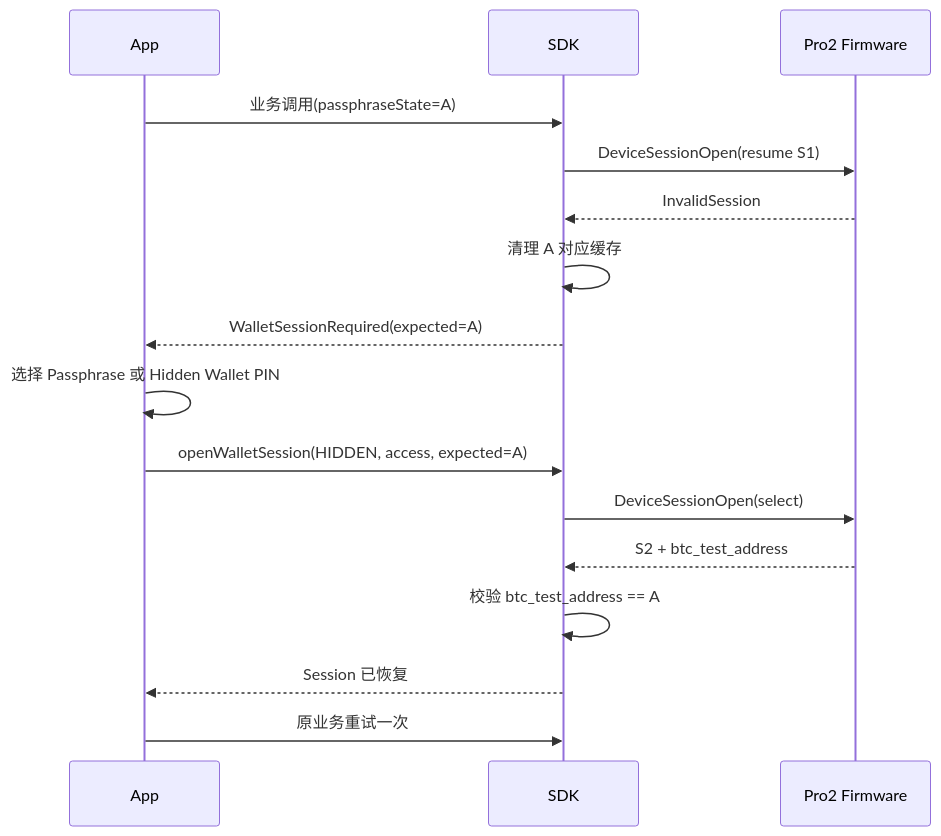
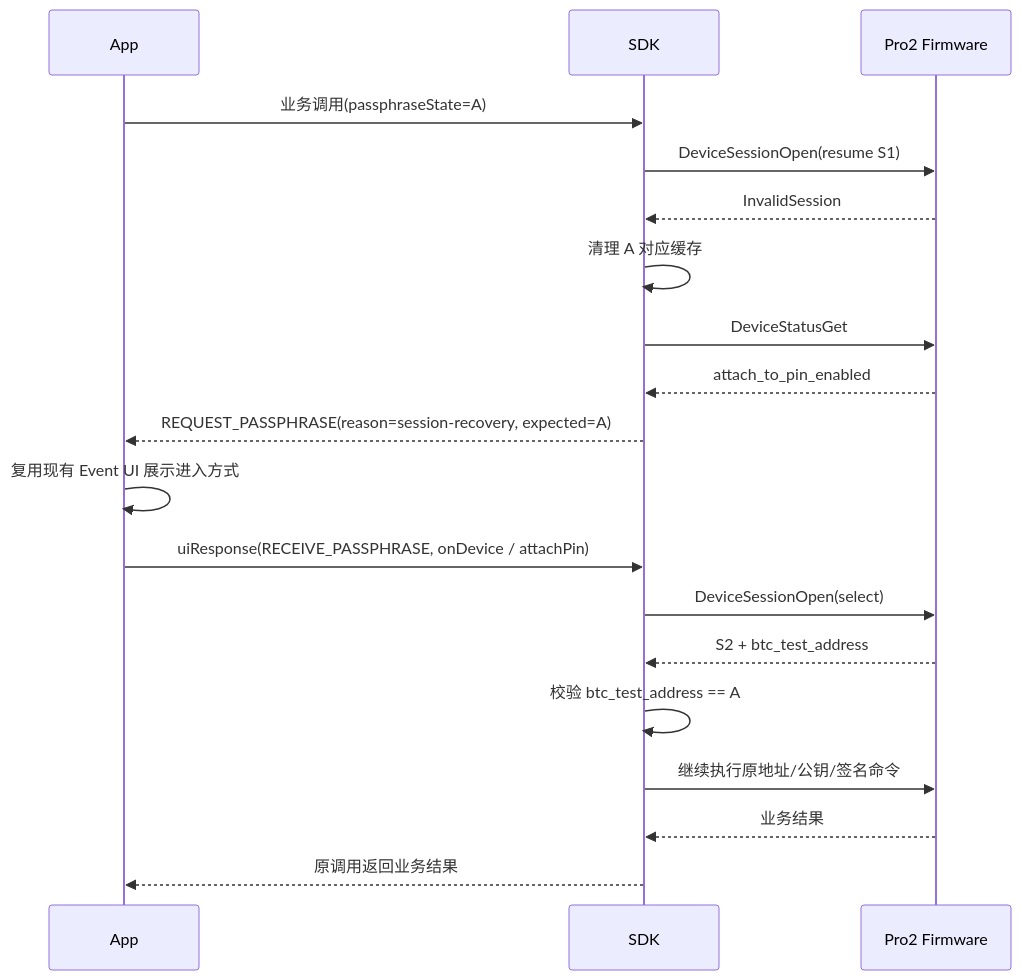
The fourth of 4 diagrams in docs/superpowers/specs/2026-07-16-pro2-eventless-wallet-session-design.md (OneKeyHQ/hardware-js-sdk), drawn with Mermaid before and after one commit. The commit also changed other lines of this file, not shown here.

Commit message:
docs: preserve SDK UI events for Pro2 sessions

````diff
--- a/docs/superpowers/specs/2026-07-16-pro2-eventless-wallet-session-design.md
+++ b/docs/superpowers/specs/2026-07-16-pro2-eventless-wallet-session-design.md
@@ -130,19 +151,22 @@
 ```mermaid
 sequenceDiagram
     participant App
     participant SDK
     participant Device as Pro2 Firmware
 
     App->>SDK: 业务调用(passphraseState=A)
     SDK->>Device: DeviceSessionOpen(resume S1)
     Device-->>SDK: InvalidSession
     SDK->>SDK: 清理 A 对应缓存
-    SDK-->>App: WalletSessionRequired(expected=A)
-    App->>App: 选择 Passphrase 或 Hidden Wallet PIN
-    App->>SDK: openWalletSession(HIDDEN, access, expected=A)
+    SDK->>Device: DeviceStatusGet
+    Device-->>SDK: attach_to_pin_enabled
+    SDK-->>App: REQUEST_PASSPHRASE(reason=session-recovery, expected=A)
+    App->>App: 复用现有 Event UI 展示进入方式
+    App->>SDK: uiResponse(RECEIVE_PASSPHRASE, onDevice / attachPin)
     SDK->>Device: DeviceSessionOpen(select)
     Device-->>SDK: S2 + btc_test_address
     SDK->>SDK: 校验 btc_test_address == A
-    SDK-->>App: Session 已恢复
-    App->>SDK: 原业务重试一次
+    SDK->>Device: 继续执行原地址/公钥/签名命令
+    Device-->>SDK: 业务结果
+    SDK-->>App: 原调用返回业务结果
 ```
````
